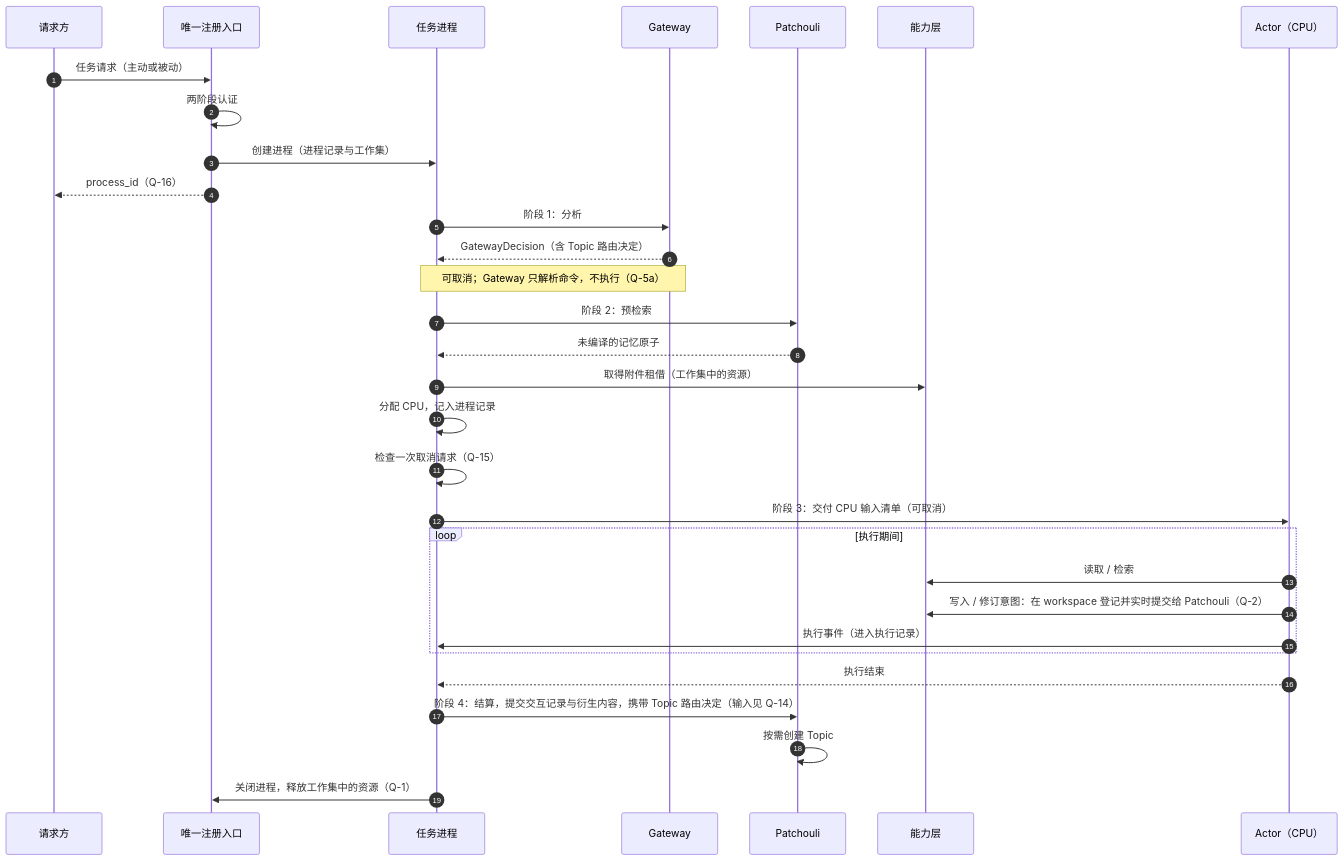
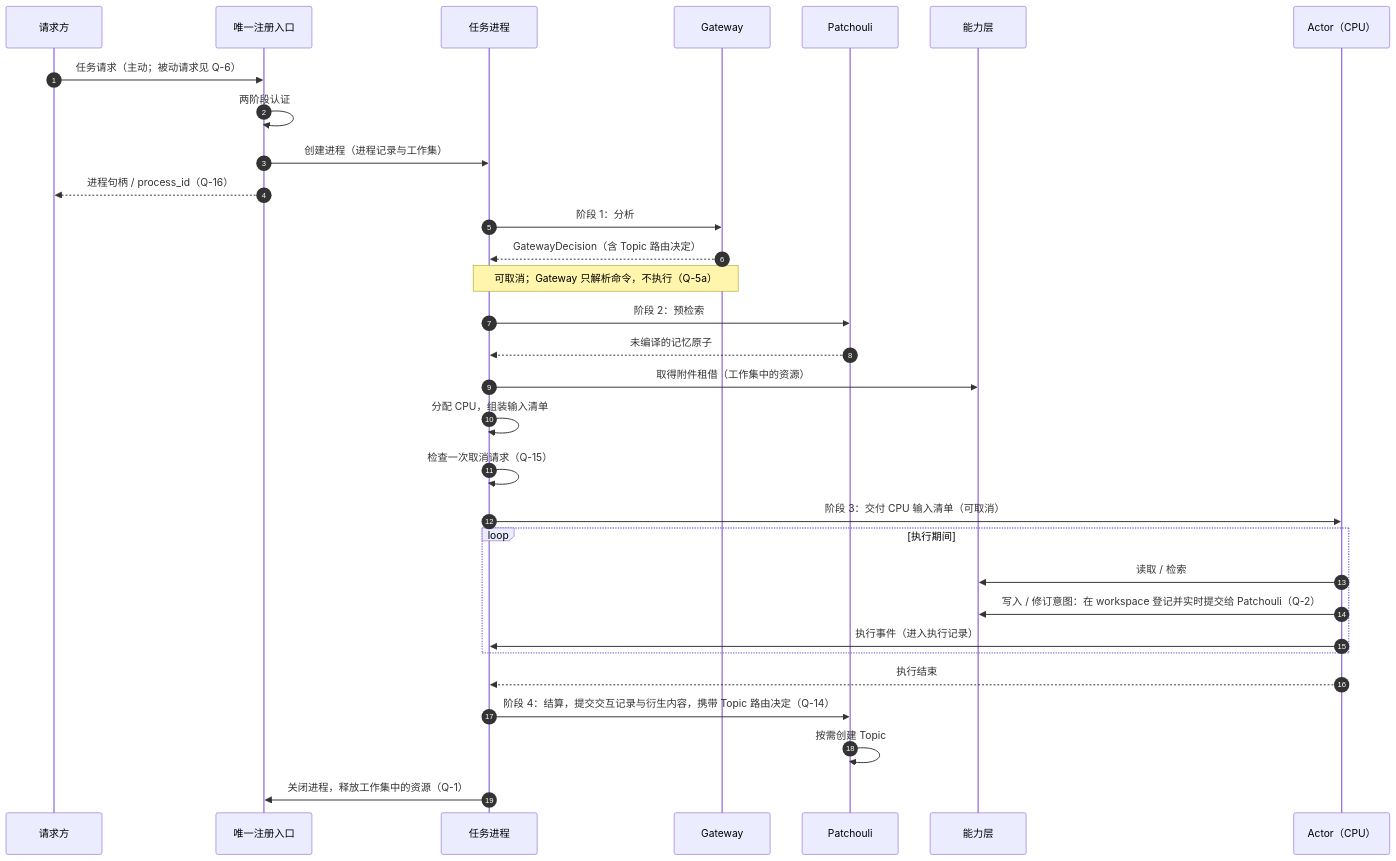
The third of 4 diagrams in docs/ideas/task-process-table-and-registration-entry.md (artemis03976/HiveMemory), drawn with Mermaid before and after one commit. The commit also changed other lines of this file and 131 other files, not shown here.

````diff
--- a/docs/ideas/task-process-table-and-registration-entry.md
+++ b/docs/ideas/task-process-table-and-registration-entry.md
@@ -249,33 +267,33 @@
 ```mermaid
 sequenceDiagram
     autonumber
     participant R as 请求方
     participant E as 唯一注册入口
     participant P as 任务进程
     participant G as Gateway
     participant L as Patchouli
     participant S as 能力层
     participant C as Actor（CPU）
-    R->>E: 任务请求（主动或被动）
+    R->>E: 任务请求（主动；被动请求见 Q-6）
     E->>E: 两阶段认证
     E->>P: 创建进程（进程记录与工作集）
-    E-->>R: process_id（Q-16）
+    E-->>R: 进程句柄 / process_id（Q-16）
     P->>G: 阶段 1：分析
     G-->>P: GatewayDecision（含 Topic 路由决定）
     Note over P,G: 可取消；Gateway 只解析命令，不执行（Q-5a）
     P->>L: 阶段 2：预检索
     L-->>P: 未编译的记忆原子
     P->>S: 取得附件租借（工作集中的资源）
-    P->>P: 分配 CPU，记入进程记录
+    P->>P: 分配 CPU，组装输入清单
     P->>P: 检查一次取消请求（Q-15）
     P->>C: 阶段 3：交付 CPU 输入清单（可取消）
     loop 执行期间
         C->>S: 读取 / 检索
         C->>S: 写入 / 修订意图：在 workspace 登记并实时提交给 Patchouli（Q-2）
         C->>P: 执行事件（进入执行记录）
     end
     C-->>P: 执行结束
-    P->>L: 阶段 4：结算，提交交互记录与衍生内容，携带 Topic 路由决定（输入见 Q-14）
+    P->>L: 阶段 4：结算，提交交互记录与衍生内容，携带 Topic 路由决定（Q-14）
     L->>L: 按需创建 Topic
     P->>E: 关闭进程，释放工作集中的资源（Q-1）
 ```
````
